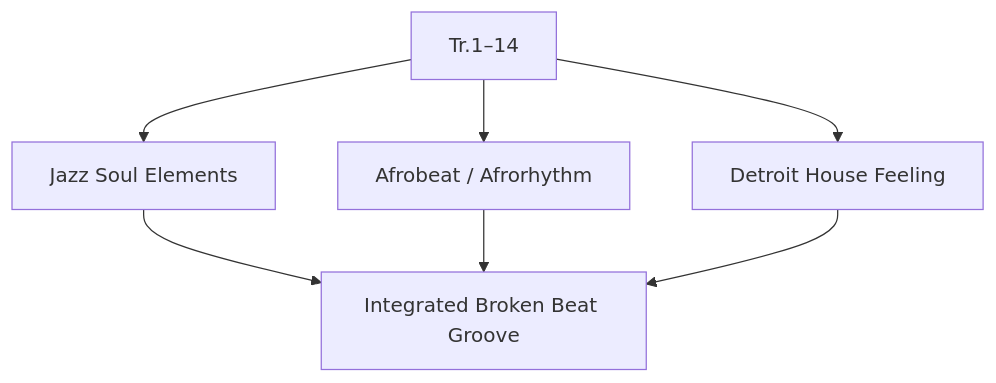
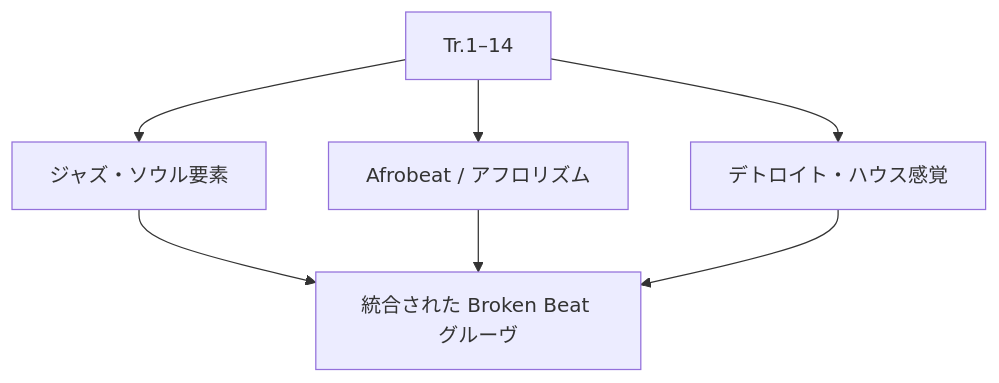
The fourth of 4 diagrams in en/_posts/2025-11-28-column-dego-kaidi-so-we-gwarn.md (monumental-movement/monumental-movement.github.io), drawn with Mermaid before and after one commit. The commit also changed other lines of this file and 775 other files, not shown here.

```diff
--- a/en/_posts/2025-11-28-column-dego-kaidi-so-we-gwarn.md
+++ b/en/_posts/2025-11-28-column-dego-kaidi-so-we-gwarn.md
@@ -140,7 +140,7 @@
 <div class="mermaid">
 flowchart TD
-    A["Tr.1–14"] --> B["Jazz Soul Elements"]
-    A --> C["Afrobeat / Afrorhythm"]
-    A --> D["Detroit House Feeling"]
-    B & C & D --> E["Integrated Broken Beat Groove"]
+    A["Tr.1–14"] --> B["ジャズ・ソウル要素"]
+    A --> C["Afrobeat / アフロリズム"]
+    A --> D["デトロイト・ハウス感覚"]
+    B & C & D --> E["統合された Broken Beat グルーヴ"]
 </div>
```
